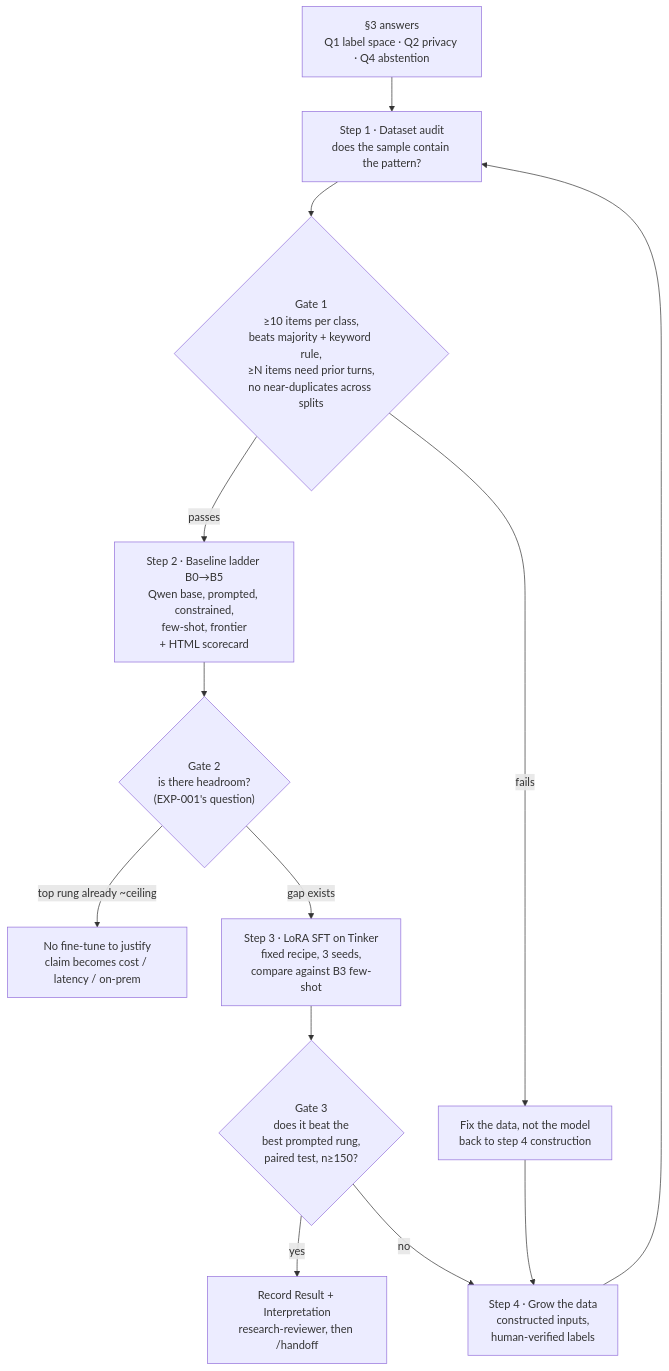
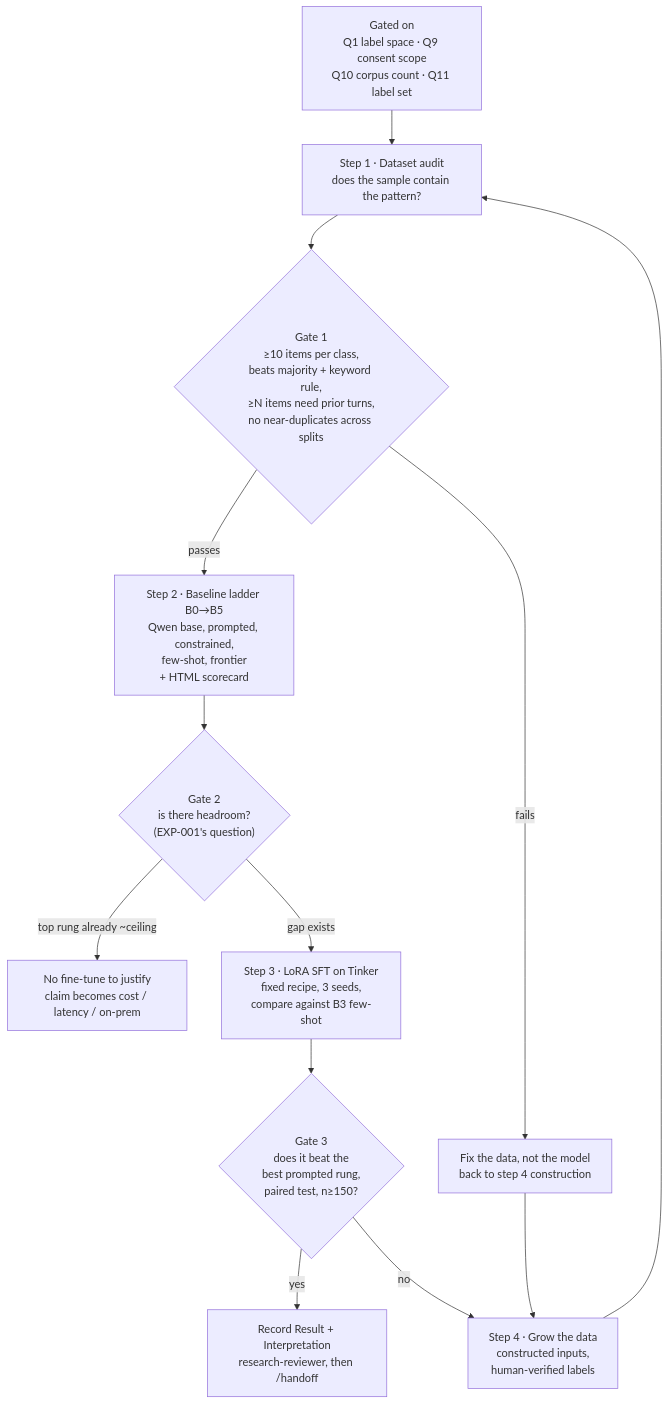
One commit to kapardhi03/statelm changed the diagram in docs/research/plan-2026-10-10-modelling-track.md. Above: the diagram before and after it, drawn with Mermaid. The commit also changed other lines of this file and 1 other file, not shown here.

````diff
--- a/docs/research/plan-2026-10-10-modelling-track.md
+++ b/docs/research/plan-2026-10-10-modelling-track.md
@@ -235,27 +335,27 @@
 ```mermaid
 flowchart TD
-    Q["§3 answers<br/>Q1 label space · Q2 privacy · Q4 abstention"] --> S1
+    Q["Gated on<br/>Q1 label space · Q9 consent scope<br/>Q10 corpus count · Q11 label set"] --> S1
 
     S1["Step 1 · Dataset audit<br/>does the sample contain the pattern?"]
     S1 --> G1{"Gate 1<br/>≥10 items per class,<br/>beats majority + keyword rule,<br/>≥N items need prior turns,<br/>no near-duplicates across splits"}
 
     G1 -- "fails" --> FIX["Fix the data, not the model<br/>back to step 4 construction"]
     G1 -- "passes" --> S2
 
     S2["Step 2 · Baseline ladder B0→B5<br/>Qwen base, prompted, constrained,<br/>few-shot, frontier<br/>+ HTML scorecard"]
     S2 --> G2{"Gate 2<br/>is there headroom?<br/>(EXP-001's question)"}
 
     G2 -- "top rung already ~ceiling" --> PIVOT["No fine-tune to justify<br/>claim becomes cost / latency / on-prem"]
     G2 -- "gap exists" --> S3
 
     S3["Step 3 · LoRA SFT on Tinker<br/>fixed recipe, 3 seeds,<br/>compare against B3 few-shot"]
     S3 --> G3{"Gate 3<br/>does it beat the<br/>best prompted rung,<br/>paired test, n≥150?"}
 
     G3 -- "no" --> S4
     G3 -- "yes" --> REPORT["Record Result + Interpretation<br/>research-reviewer, then /handoff"]
 
     S4["Step 4 · Grow the data<br/>constructed inputs,<br/>human-verified labels"]
     S4 --> S1
 
     FIX --> S4
 ```
````
